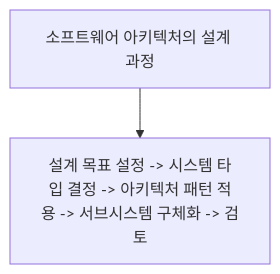
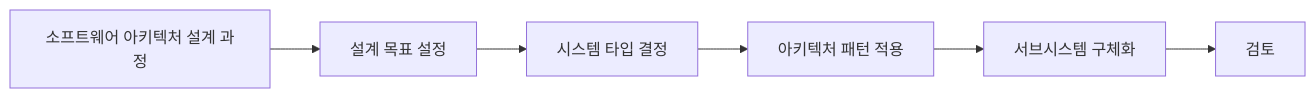
One commit to nes0903/study changed the first of 19 diagrams in 정보처리기사/1과목 소프트웨어 설계/025 소프트웨어 아키텍처의 설계 과정/025 소프트웨어 아키텍처의 설계 과정.md. Above: the diagram before and after it, drawn with Mermaid. The commit also changed other lines of this file and 4 other files, not shown here.

````diff
--- a/정보처리기사/1과목 소프트웨어 설계/025 소프트웨어 아키텍처의 설계 과정/025 소프트웨어 아키텍처의 설계 과정.md
+++ b/정보처리기사/1과목 소프트웨어 설계/025 소프트웨어 아키텍처의 설계 과정/025 소프트웨어 아키텍처의 설계 과정.md
@@ -13,5 +13,9 @@
 ```mermaid
-flowchart TD
-    A["소프트웨어 아키텍처의 설계 과정"]
-    A --> N1["설계 목표 설정 -> 시스템 타입 결정 -> 아키텍처 패턴 적용 -> 서브시스템 구체화 -> 검토"]
+flowchart LR
+    A["소프트웨어 아키텍처 설계 과정"]
+    A --> B["설계 목표 설정"]
+    B --> C["시스템 타입 결정"]
+    C --> D["아키텍처 패턴 적용"]
+    D --> E["서브시스템 구체화"]
+    E --> F["검토"]
 ```
````
